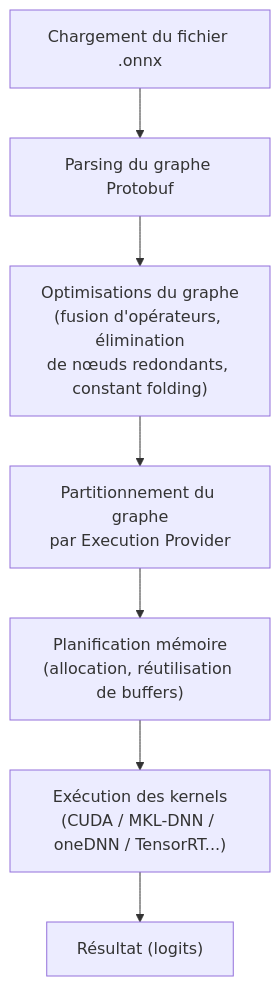
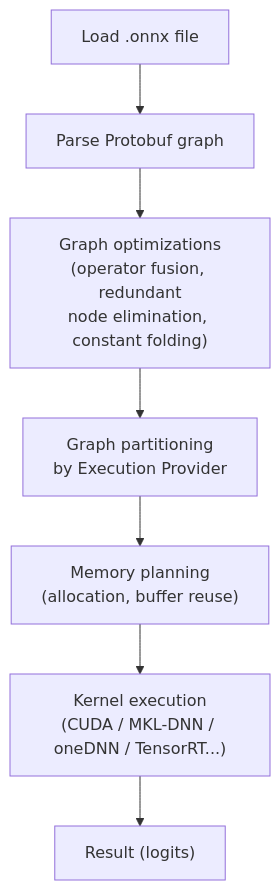
The fourth of 6 diagrams in docs/explain/onnx.md (ADORSYS-GIS/Custom-Ai-Ops), drawn with Mermaid before and after one commit. The commit also changed other lines of this file, not shown here.

````diff
--- a/docs/explain/onnx.md
+++ b/docs/explain/onnx.md
@@ -137,9 +137,9 @@
 ```mermaid
 flowchart TB
-    A["Chargement du fichier .onnx"] --> B["Parsing du graphe Protobuf"]
-    B --> C["Optimisations du graphe\n(fusion d'opérateurs, élimination\nde nœuds redondants, constant folding)"]
-    C --> D["Partitionnement du graphe\npar Execution Provider"]
-    D --> E["Planification mémoire\n(allocation, réutilisation de buffers)"]
-    E --> F["Exécution des kernels\n(CUDA / MKL-DNN / oneDNN / TensorRT...)"]
-    F --> G["Résultat (logits)"]
+    A["Load .onnx file"] --> B["Parse Protobuf graph"]
+    B --> C["Graph optimizations\n(operator fusion, redundant\nnode elimination, constant folding)"]
+    C --> D["Graph partitioning\nby Execution Provider"]
+    D --> E["Memory planning\n(allocation, buffer reuse)"]
+    E --> F["Kernel execution\n(CUDA / MKL-DNN / oneDNN / TensorRT...)"]
+    F --> G["Result (logits)"]
 ```
````
